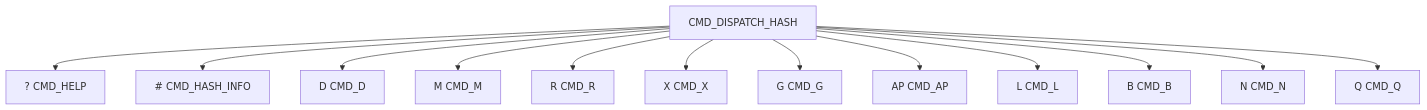
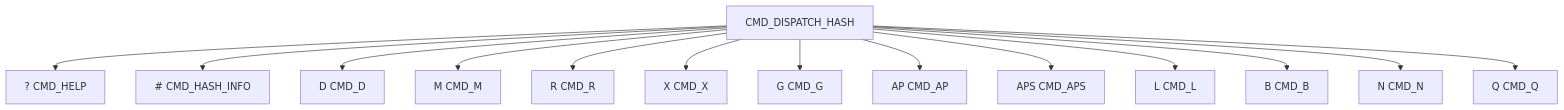
The seventh of 19 diagrams in DOC/GUIDES/HIMON/HIMON_MAP.md (95westus/R-YORS), drawn with Mermaid before and after one commit. The commit also changed other lines of this file and 25 other files, not shown here.

````diff
--- a/DOC/GUIDES/HIMON/HIMON_MAP.md
+++ b/DOC/GUIDES/HIMON/HIMON_MAP.md
@@ -151,15 +151,16 @@
 ```mermaid
 flowchart TD
     DISPATCH[CMD_DISPATCH_HASH] --> HELP[? CMD_HELP]
     DISPATCH --> HASHINFO[# CMD_HASH_INFO]
     DISPATCH --> D[D CMD_D]
     DISPATCH --> M[M CMD_M]
     DISPATCH --> R[R CMD_R]
     DISPATCH --> X[X CMD_X]
     DISPATCH --> G[G CMD_G]
     DISPATCH --> AP[AP CMD_AP]
+    DISPATCH --> APS[APS CMD_APS]
     DISPATCH --> L[L CMD_L]
     DISPATCH --> B[B CMD_B]
     DISPATCH --> N[N CMD_N]
     DISPATCH --> Q[Q CMD_Q]
 ```
````
